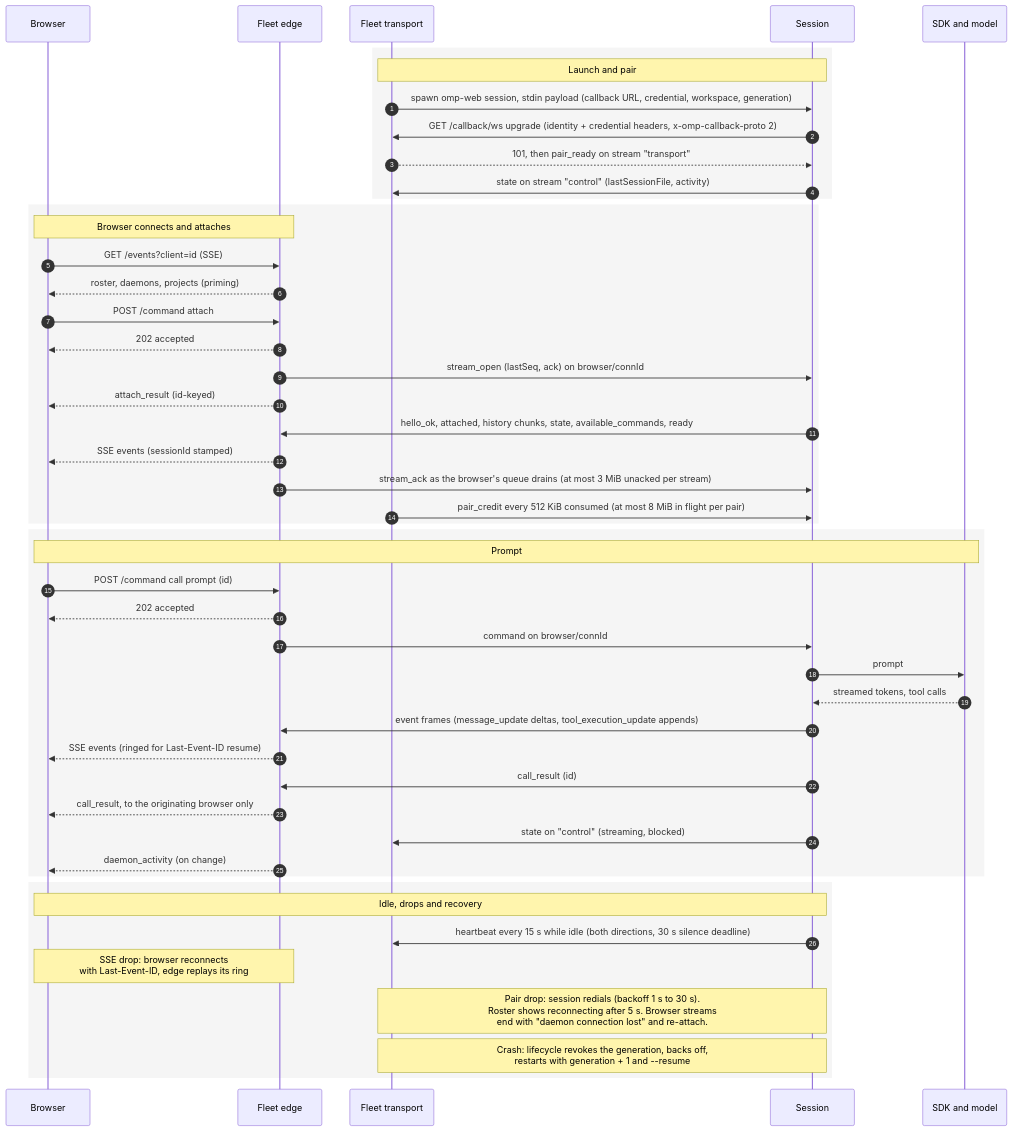
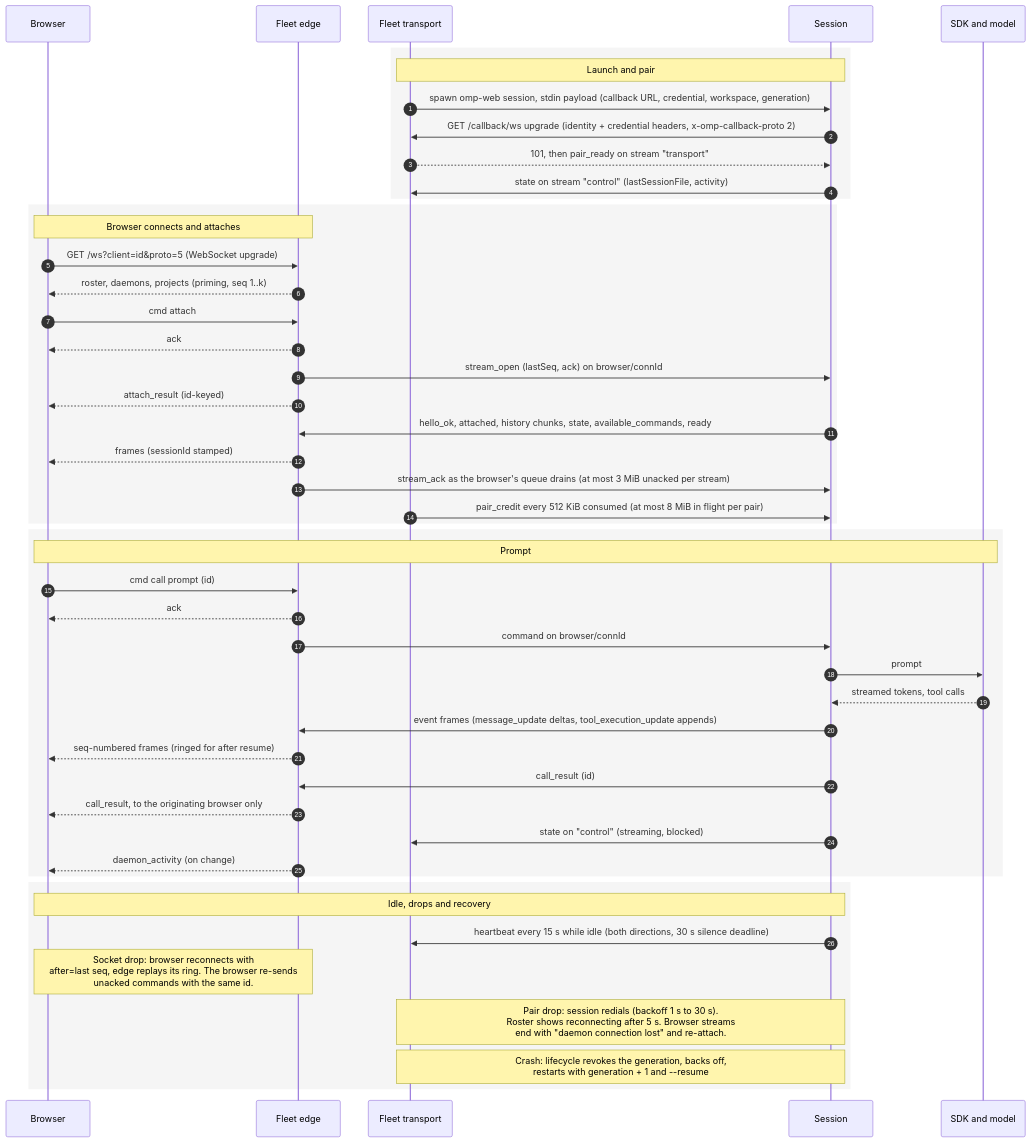
One commit to nibblebot/omp-web changed the second of 2 diagrams in docs/architecture.md. Above: the diagram before and after it, drawn with Mermaid. The commit also changed other lines of this file and 17 other files, not shown here.

Commit message:
docs: browser socket (OMP_PROTO 5) in AGENTS, architecture, README, CHANGELOG; comment sweep (0nwj)

````diff
--- a/docs/architecture.md
+++ b/docs/architecture.md
@@ -65,54 +64,54 @@
 ```mermaid
 sequenceDiagram
   autonumber
   participant B as Browser
   participant E as Fleet edge
   participant T as Fleet transport
   participant S as Session
   participant M as SDK and model
 
   rect rgba(128,128,128,0.08)
   Note over T,S: Launch and pair
   T->>S: spawn omp-web session, stdin payload (callback URL, credential, workspace, generation)
   S->>T: GET /callback/ws upgrade (identity + credential headers, x-omp-callback-proto 2)
   T-->>S: 101, then pair_ready on stream "transport"
   S->>T: state on stream "control" (lastSessionFile, activity)
   end
 
   rect rgba(128,128,128,0.08)
   Note over B,E: Browser connects and attaches
-  B->>E: GET /events?client=id (SSE)
-  E-->>B: roster, daemons, projects (priming)
-  B->>E: POST /command attach
-  E-->>B: 202 accepted
+  B->>E: GET /ws?client=id&proto=5 (WebSocket upgrade)
+  E-->>B: roster, daemons, projects (priming, seq 1..k)
+  B->>E: cmd attach
+  E-->>B: ack
   E->>S: stream_open (lastSeq, ack) on browser/connId
   E-->>B: attach_result (id-keyed)
   S->>E: hello_ok, attached, history chunks, state, available_commands, ready
-  E-->>B: SSE events (sessionId stamped)
+  E-->>B: frames (sessionId stamped)
   E->>S: stream_ack as the browser's queue drains (at most 3 MiB unacked per stream)
   T->>S: pair_credit every 512 KiB consumed (at most 8 MiB in flight per pair)
   end
 
   rect rgba(128,128,128,0.08)
   Note over B,M: Prompt
-  B->>E: POST /command call prompt (id)
-  E-->>B: 202 accepted
+  B->>E: cmd call prompt (id)
+  E-->>B: ack
   E->>S: command on browser/connId
   S->>M: prompt
   M-->>S: streamed tokens, tool calls
   S->>E: event frames (message_update deltas, tool_execution_update appends)
-  E-->>B: SSE events (ringed for Last-Event-ID resume)
+  E-->>B: seq-numbered frames (ringed for after resume)
   S->>E: call_result (id)
   E-->>B: call_result, to the originating browser only
   S->>T: state on "control" (streaming, blocked)
   E-->>B: daemon_activity (on change)
   end
 
   rect rgba(128,128,128,0.08)
   Note over B,S: Idle, drops and recovery
   S->>T: heartbeat every 15 s while idle (both directions, 30 s silence deadline)
-  Note over B,E: SSE drop: browser reconnects<br/>with Last-Event-ID, edge replays its ring
+  Note over B,E: Socket drop: browser reconnects with<br/>after=last seq, edge replays its ring. The browser re-sends<br/>unacked commands with the same id.
   Note over T,S: Pair drop: session redials (backoff 1 s to 30 s).<br/>Roster shows reconnecting after 5 s. Browser streams<br/>end with "daemon connection lost" and re-attach.
   Note over T,S: Crash: lifecycle revokes the generation, backs off,<br/>restarts with generation + 1 and --resume
   end
 ```
````
